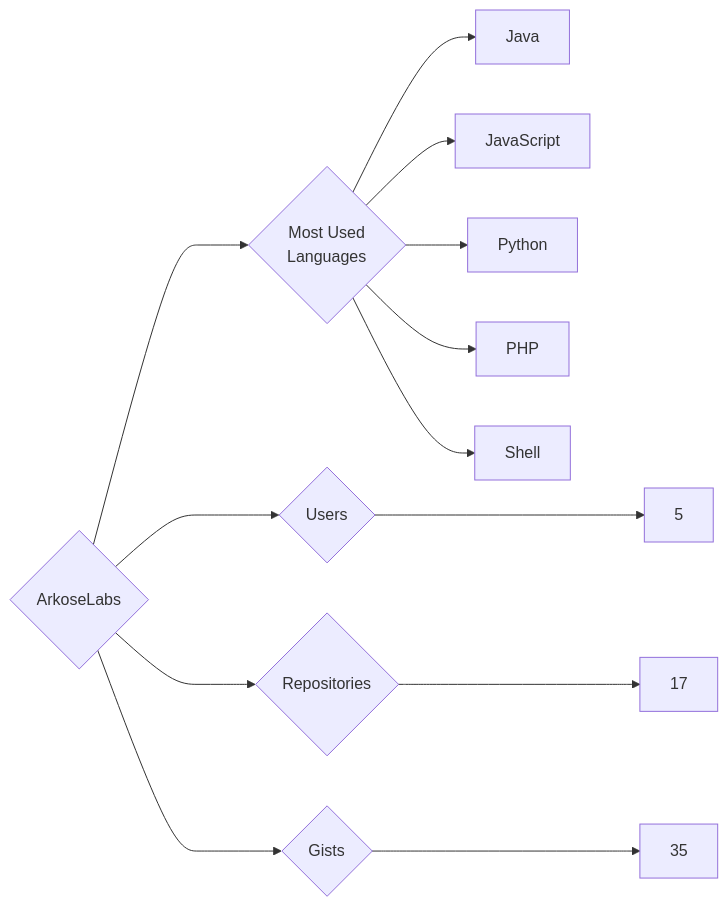
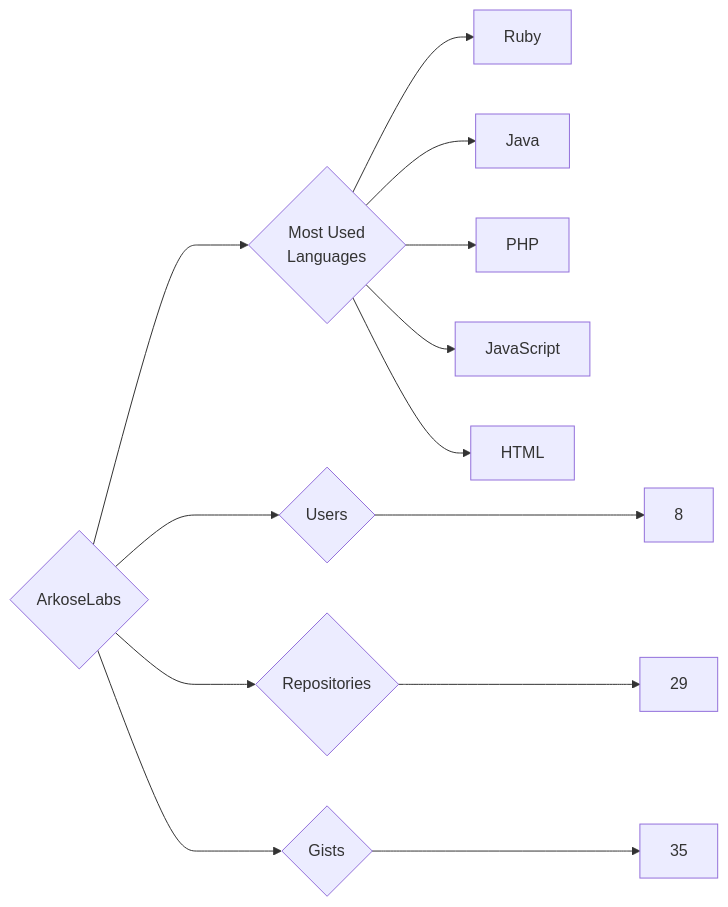
Before and after one commit to trickest/insiders: the diagram in targets/ArkoseLabs/README.md, drawn with Mermaid. The commit also changed 1148 other files, not shown here.

````diff
--- a/targets/ArkoseLabs/README.md
+++ b/targets/ArkoseLabs/README.md
@@ -3,13 +3,13 @@
 ```mermaid
 graph LR
 COMPANY_NAME{ArkoseLabs}
-COMPANY_NAME ---> U{Users} ---> UN[5]
-COMPANY_NAME ---> R{Repositories} ---> RN[17]
+COMPANY_NAME ---> U{Users} ---> UN[8]
+COMPANY_NAME ---> R{Repositories} ---> RN[29]
 COMPANY_NAME ---> G{Gists} ---> GN[35]
 COMPANY_NAME ---> ML{Most Used<br>Languages}
+ML --> Ruby[Ruby]
 ML --> Java[Java]
+ML --> PHP[PHP]
 ML --> JavaScript[JavaScript]
-ML --> Python[Python]
-ML --> PHP[PHP]
-ML --> Shell[Shell]
+ML --> HTML[HTML]
 ```
````
